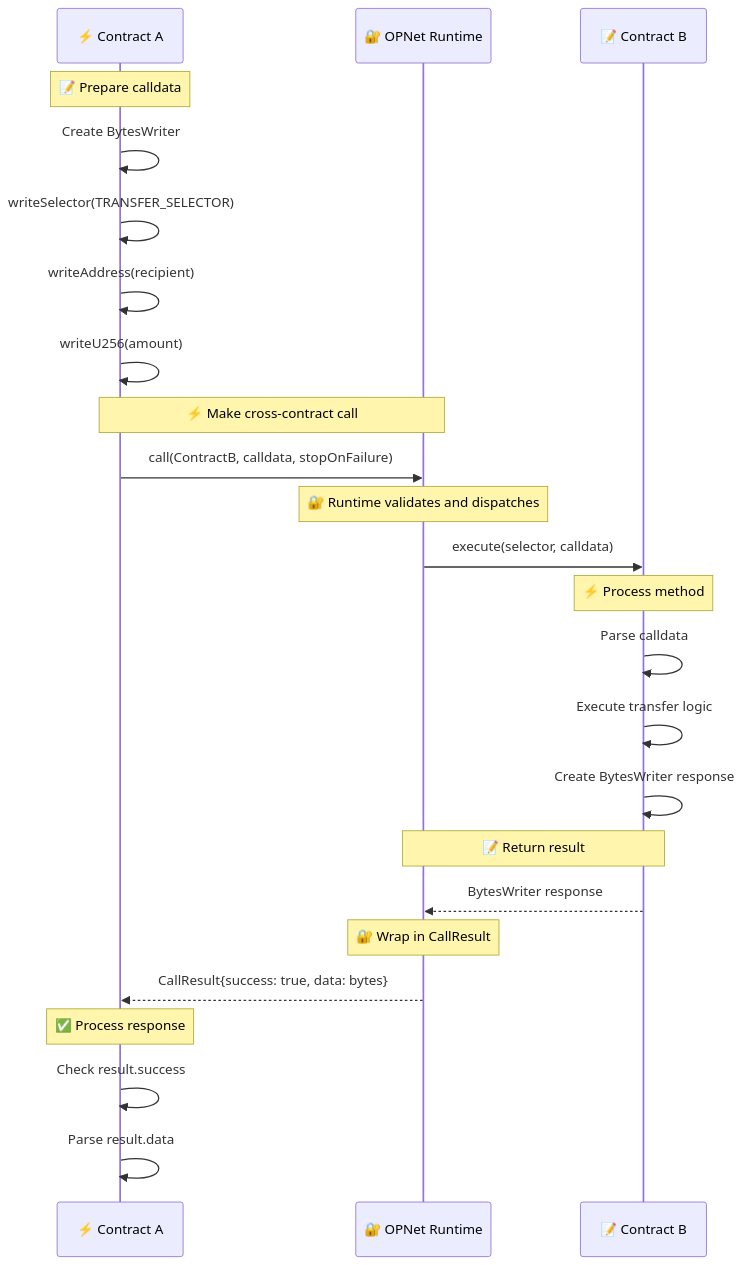
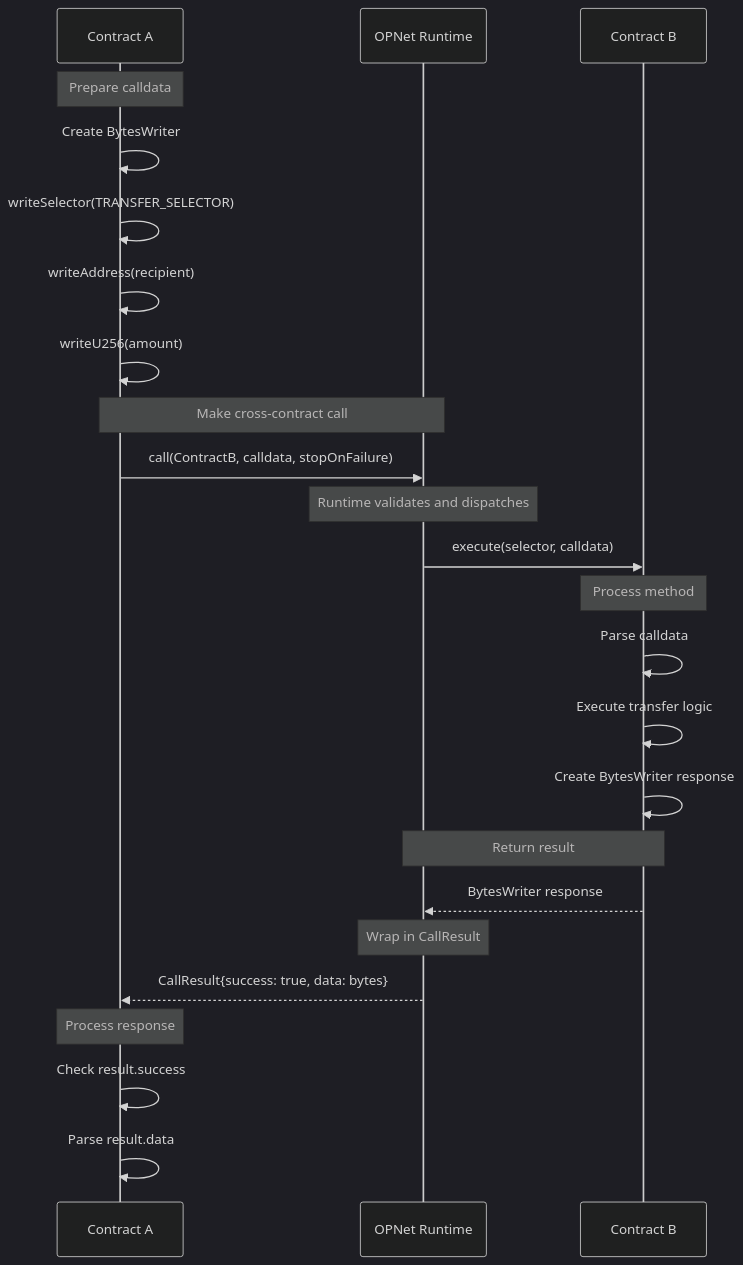
One commit to btc-vision/btc-runtime changed the first of 2 diagrams in docs/advanced/cross-contract-calls.md. Above: the diagram before and after it, drawn with Mermaid. The commit also changed other lines of this file, not shown here.

````diff
--- a/docs/advanced/cross-contract-calls.md
+++ b/docs/advanced/cross-contract-calls.md
@@ -7,33 +7,37 @@
 ```mermaid
+---
+config:
+  theme: dark
+---
 sequenceDiagram
-    participant ContractA as ⚡ Contract A
-    participant Blockchain as 🔐 OPNet Runtime
-    participant ContractB as 📝 Contract B
+    participant ContractA as Contract A
+    participant Blockchain as OPNet Runtime
+    participant ContractB as Contract B
 
-    Note over ContractA: 📝 Prepare calldata
+    Note over ContractA: Prepare calldata
     ContractA->>ContractA: Create BytesWriter
     ContractA->>ContractA: writeSelector(TRANSFER_SELECTOR)
     ContractA->>ContractA: writeAddress(recipient)
     ContractA->>ContractA: writeU256(amount)
 
-    Note over ContractA,Blockchain: ⚡ Make cross-contract call
+    Note over ContractA,Blockchain: Make cross-contract call
     ContractA->>Blockchain: call(ContractB, calldata, stopOnFailure)
 
-    Note over Blockchain: 🔐 Runtime validates and dispatches
+    Note over Blockchain: Runtime validates and dispatches
     Blockchain->>ContractB: execute(selector, calldata)
 
-    Note over ContractB: ⚡ Process method
+    Note over ContractB: Process method
     ContractB->>ContractB: Parse calldata
     ContractB->>ContractB: Execute transfer logic
     ContractB->>ContractB: Create BytesWriter response
 
-    Note over ContractB,Blockchain: 📝 Return result
+    Note over ContractB,Blockchain: Return result
     ContractB-->>Blockchain: BytesWriter response
 
-    Note over Blockchain: 🔐 Wrap in CallResult
+    Note over Blockchain: Wrap in CallResult
     Blockchain-->>ContractA: CallResult{success: true, data: bytes}
 
-    Note over ContractA: ✅ Process response
+    Note over ContractA: Process response
     ContractA->>ContractA: Check result.success
     ContractA->>ContractA: Parse result.data
 ```
````
